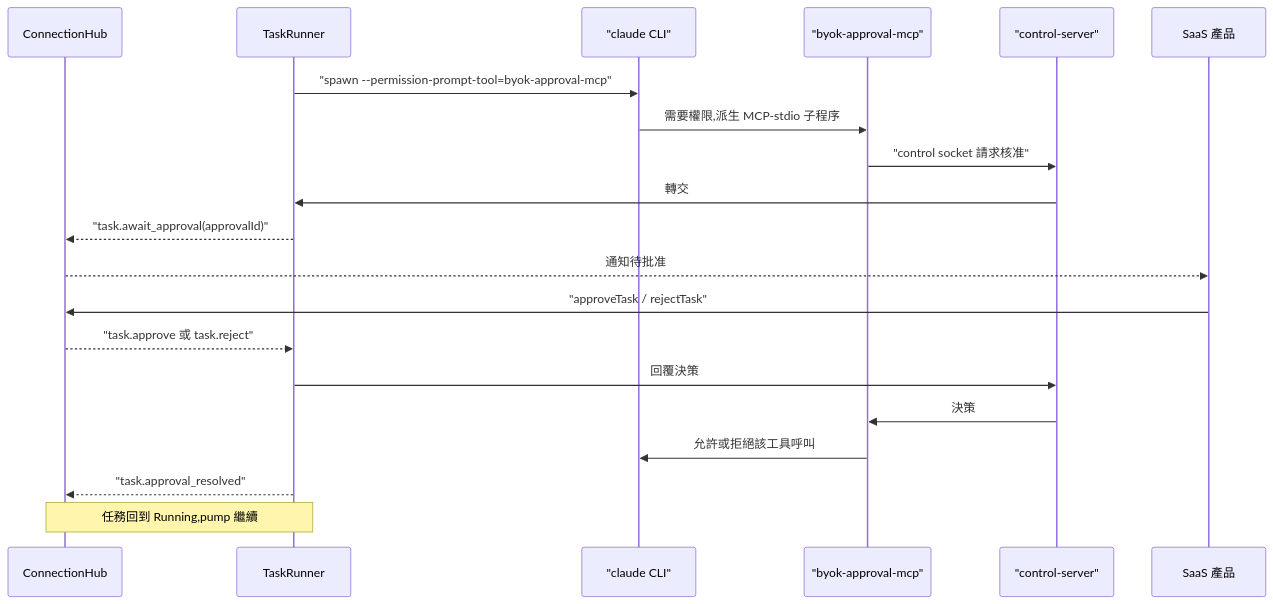
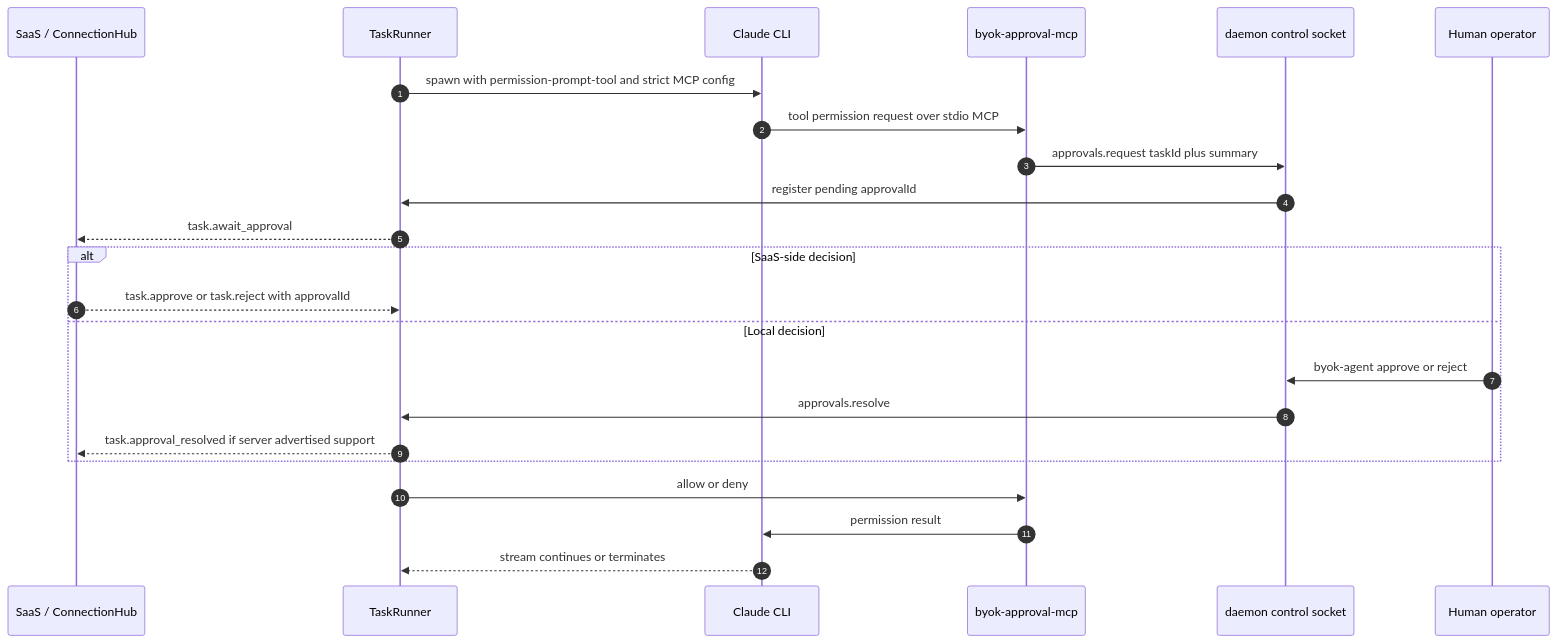
One commit to Ancienttwo/byok-sdk changed the eighth of 19 diagrams in docs/architecture/sdk-architecture.md. Above: the diagram before and after it, drawn with Mermaid. The commit also changed other lines of this file and 5 other files, not shown here.

````diff
--- a/docs/architecture/sdk-architecture.md
+++ b/docs/architecture/sdk-architecture.md
@@ -485,23 +498,26 @@
 ```mermaid
 sequenceDiagram
-  participant HUB as ConnectionHub
+  autonumber
+  participant S as SaaS / ConnectionHub
   participant TR as TaskRunner
-  participant CLI as "claude CLI"
-  participant MCP as "byok-approval-mcp"
-  participant CS as "control-server"
-  participant APP as SaaS 產品
+  participant C as Claude CLI
+  participant MCP as byok-approval-mcp
+  participant IPC as daemon control socket
+  participant H as Human operator
 
-  TR->>CLI: "spawn --permission-prompt-tool=byok-approval-mcp"
-  CLI->>MCP: 需要權限,派生 MCP-stdio 子程序
-  MCP->>CS: "control socket 請求核准"
-  CS->>TR: 轉交
-  TR-->>HUB: "task.await_approval(approvalId)"
-  HUB-->>APP: 通知待批准
-  APP->>HUB: "approveTask / rejectTask"
-  HUB-->>TR: "task.approve 或 task.reject"
-  TR->>CS: 回覆決策
-  CS->>MCP: 決策
-  MCP->>CLI: 允許或拒絕該工具呼叫
-  TR-->>HUB: "task.approval_resolved"
-  Note over TR,HUB: 任務回到 Running,pump 繼續
+  TR->>C: spawn with permission-prompt-tool and strict MCP config
+  C->>MCP: tool permission request over stdio MCP
+  MCP->>IPC: approvals.request taskId plus summary
+  IPC->>TR: register pending approvalId
+  TR-->>S: task.await_approval
+  alt SaaS-side decision
+    S-->>TR: task.approve or task.reject with approvalId
+  else Local decision
+    H->>IPC: byok-agent approve or reject
+    IPC->>TR: approvals.resolve
+    TR-->>S: task.approval_resolved if server advertised support
+  end
+  TR->>MCP: allow or deny
+  MCP->>C: permission result
+  C-->>TR: stream continues or terminates
 ```
````
